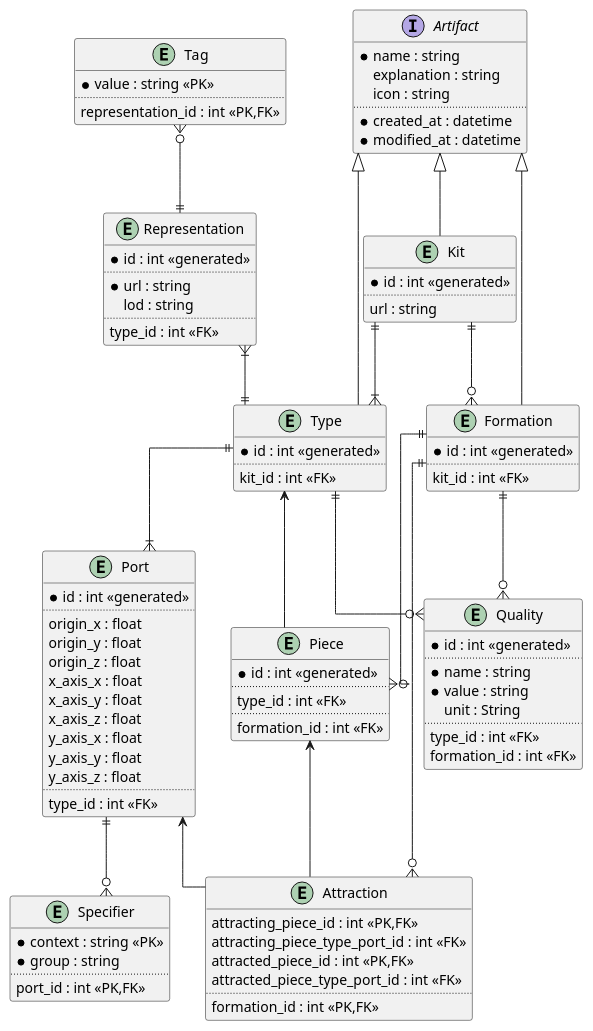
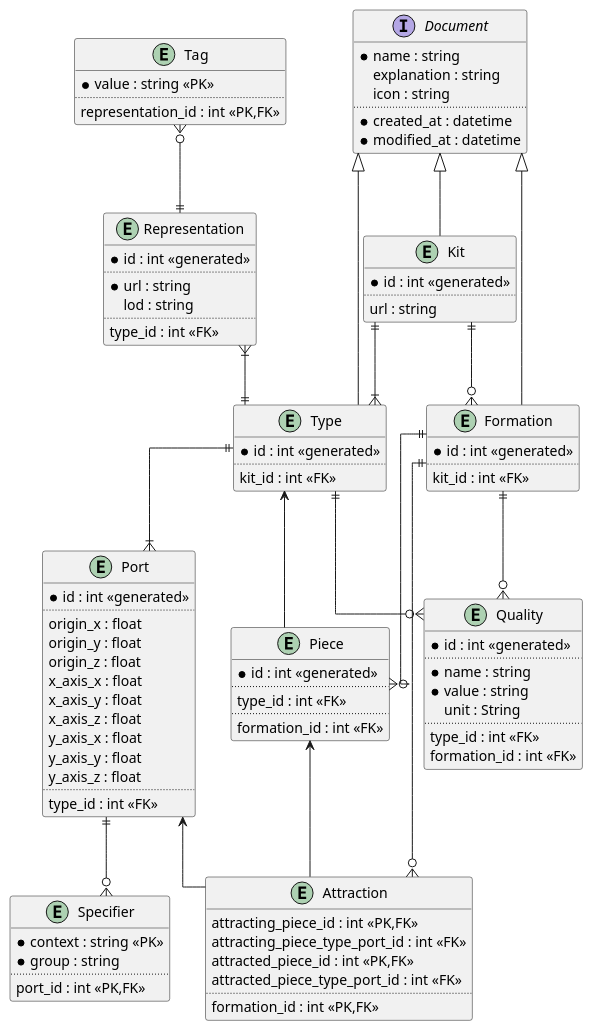
One commit to usalu/semio changed the diagram in docs/softwarequality/softwarearchitecture/dataarchitecture.pu. Above: the diagram before and after it, drawn with PlantUML. The commit also changed 2 other files, not shown here.

```diff
--- a/docs/softwarequality/softwarearchitecture/dataarchitecture.pu
+++ b/docs/softwarequality/softwarearchitecture/dataarchitecture.pu
@@ -1,118 +1,118 @@
 @startuml "data architecture"
 skinparam linetype ortho
 
-interface Artifact {
+interface Document {
     *name : string
     explanation : string
     icon : string
     ..
     *created_at : datetime
     *modified_at : datetime
 }
 
 entity Kit {
     *id : int <<generated>> 
     ..
     url : string
 }
 
 entity Type {
     *id : int <<generated>>
     ..
     kit_id : int <<FK>>
 }
 
 entity Representation {
     *id : int <<generated>>
     ..
     *url : string
     lod : string
     ..
     type_id : int <<FK>>
 }
 
 entity Tag {
     *value : string <<PK>>
     ..
     representation_id : int <<PK,FK>>
 }
 
 entity Port {
     *id : int <<generated>>
     ..
     origin_x : float
     origin_y : float
     origin_z : float
     x_axis_x : float
     x_axis_y : float
     x_axis_z : float
     y_axis_x : float
     y_axis_y : float
     y_axis_z : float
     ..
     type_id : int <<FK>>
 }
 
 entity Quality {
     *id : int <<generated>>
     ..
     *name : string
     *value : string
     unit : String
     ..
     type_id : int <<FK>>
     formation_id : int <<FK>>
 }
 
 
 entity Specifier {
     *context : string <<PK>>
     *group : string
     ..
     port_id : int <<PK,FK>>
 }
 
 entity Piece{
     *id : int <<generated>>
     ..
     type_id : int <<FK>>
     ..
     formation_id : int <<FK>>
 }
 
 entity Attraction {
     attracting_piece_id : int <<PK,FK>>
     attracting_piece_type_port_id : int <<FK>>
     attracted_piece_id : int <<PK,FK>>
     attracted_piece_type_port_id : int <<FK>>
     ..
     formation_id : int <<PK,FK>>
 }
 
 entity Formation {
     *id : int <<generated>>
     ..
     kit_id : int <<FK>>
 }
 
 
 Kit ||--|{ Type
 Kit ||--o{ Formation
 Tag }o--|| Representation
 Representation }|--|| Type
 Type ||--|{ Port
 Type ||--o{ Quality
 Formation ||--o{ Piece
 Formation ||--o{ Attraction
 Formation ||--o{ Quality
 Port ||--o{  Specifier
 Type <-- Piece
 Piece <-- Attraction
 Port <-- Attraction
 
-Artifact <|-- Kit
-Artifact <|-- Type
-Artifact <|-- Formation
+Document <|-- Kit
+Document <|-- Type
+Document <|-- Formation
 
 
 @enduml
```
